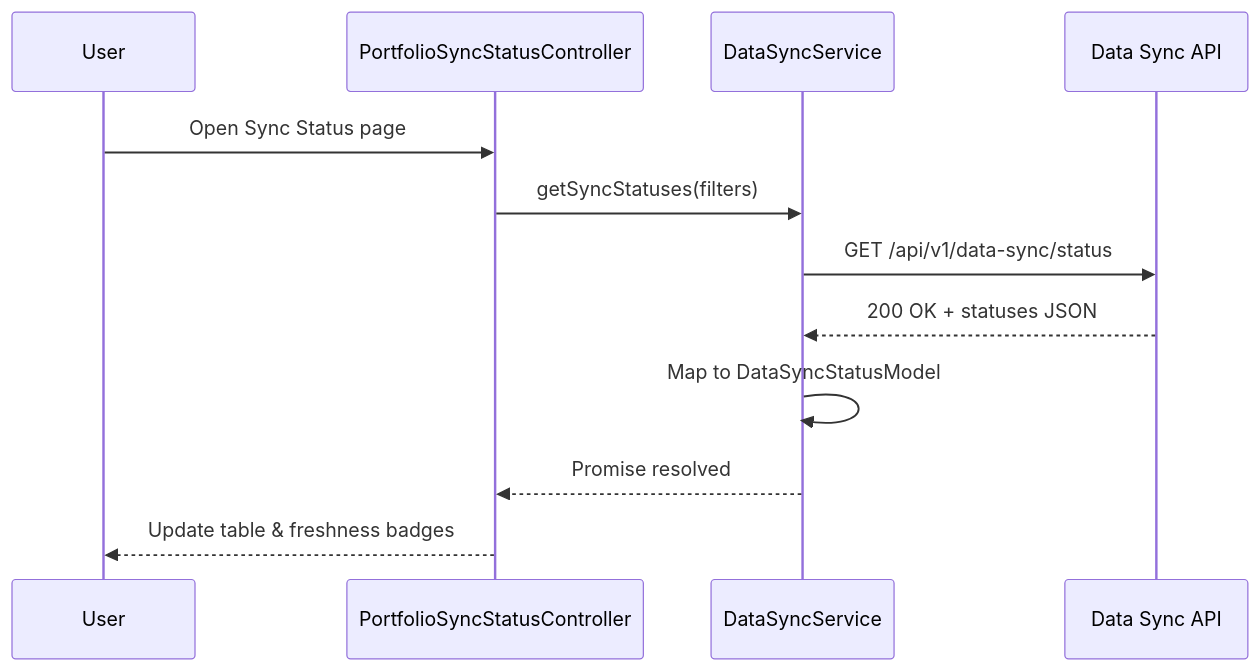
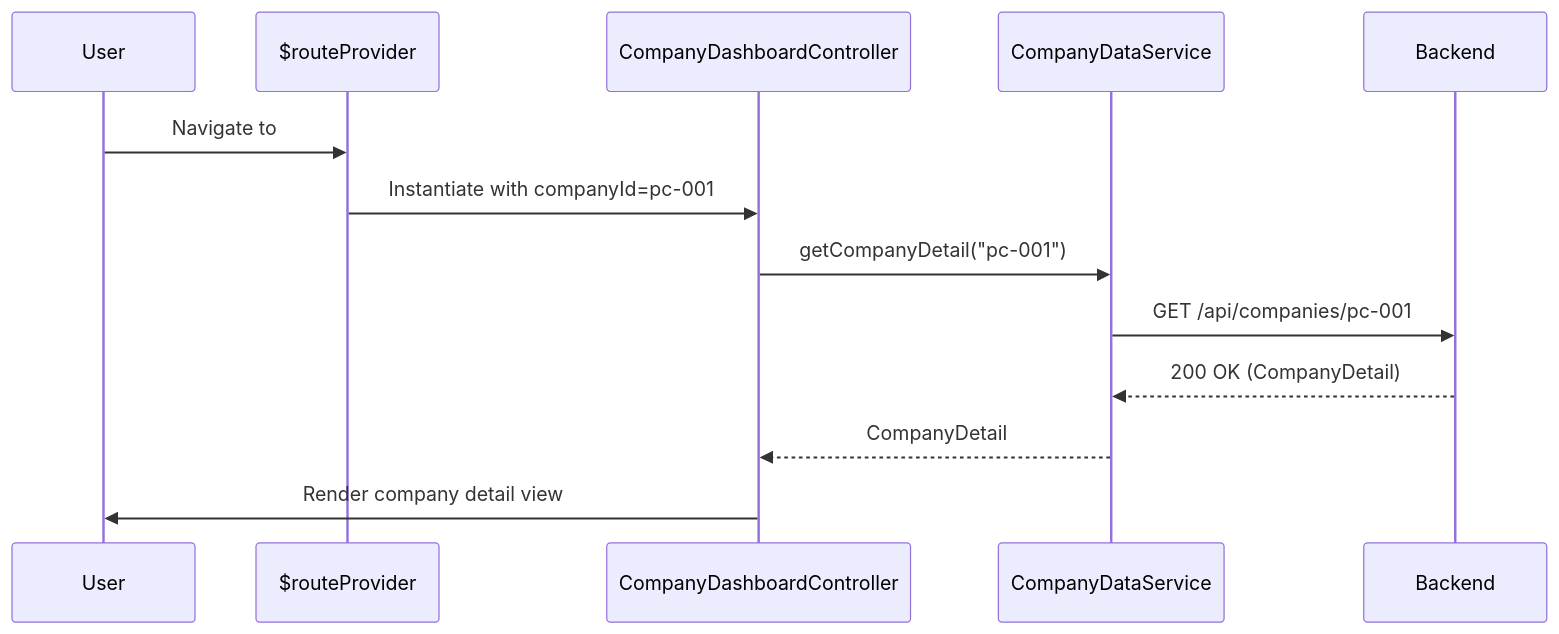
The third of 4 diagrams in LLD/QE-4785_LLD.md (Davamani-git/APB_Demo), drawn with Mermaid before and after one commit. The commit also changed other lines of this file, not shown here.

````diff
--- a/LLD/QE-4785_LLD.md
+++ b/LLD/QE-4785_LLD.md
@@ -764,15 +911,16 @@
 ```mermaid
 sequenceDiagram
-  participant U as User
-  participant C as PortfolioSyncStatusController
-  participant S as DataSyncService
-  participant API as Data Sync API
+  participant User
+  participant Router as $routeProvider
+  participant CompanyCtrl as CompanyDashboardController
+  participant CompanySvc as CompanyDataService
+  participant Backend
 
-  U->>C: Open Sync Status page
-  C->>S: getSyncStatuses(filters)
-  S->>API: GET /api/v1/data-sync/status
-  API-->>S: 200 OK + statuses JSON
-  S->>S: Map to DataSyncStatusModel
-  S-->>C: Promise resolved
-  C-->>U: Update table & freshness badges
+  User->>Router: Navigate to #/companies/pc-001
+  Router->>CompanyCtrl: Instantiate with companyId=pc-001
+  CompanyCtrl->>CompanySvc: getCompanyDetail("pc-001")
+  CompanySvc->>Backend: GET /api/companies/pc-001
+  Backend-->>CompanySvc: 200 OK (CompanyDetail)
+  CompanySvc-->>CompanyCtrl: CompanyDetail
+  CompanyCtrl->>User: Render company detail view
 ```
````
